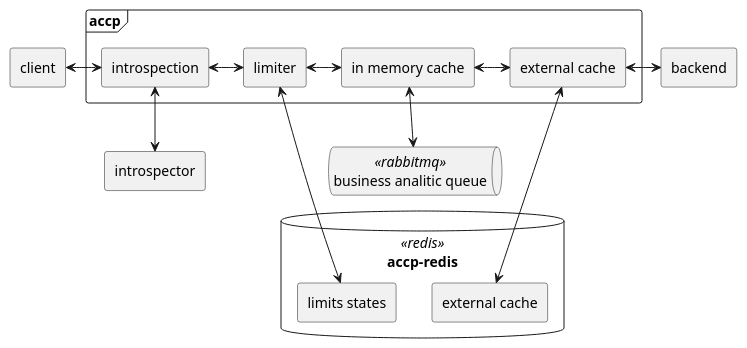
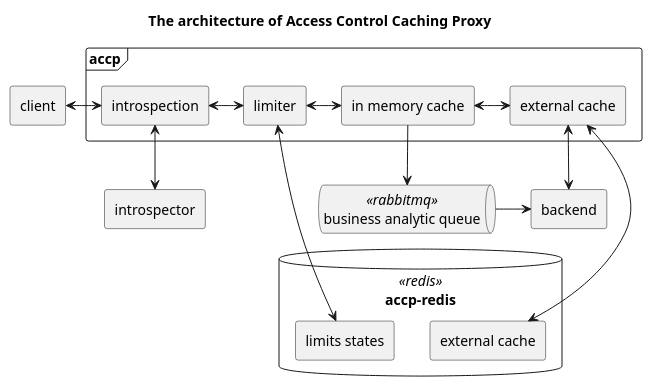
One commit to soldatov-s/accp changed the diagram in doc/accp.puml. Above: the diagram before and after it, drawn with PlantUML. The commit also changed 1 other file, not shown here.

Commit message:
added sequence scheme

```diff
--- a/doc/accp.puml
+++ b/doc/accp.puml
@@ -1,29 +1,31 @@
 @startuml accp
+title The architecture of Access Control Caching Proxy 
 rectangle "client" as client
 rectangle "introspector" as introspector
 rectangle "backend" as backend
-queue "business analitic queue" <<rabbitmq>> as rabbitmq
+queue "business analytic queue" <<rabbitmq>> as rabbitmq
 
 database "accp-redis" <<redis>> as redis {
     rectangle "external cache" as external_cache
     rectangle "limits states" as limits_states
 }
 
 frame accp {
     rectangle "introspection" as introspector_interface
     rectangle "limiter" as limiter
     rectangle "in memory cache" as inmemory_cache
     rectangle "external cache" as external_cache_interface
 }
 
 introspector_interface <-down-> introspector
 external_cache_interface <-down-> external_cache
 
 client <-right-> introspector_interface
 introspector_interface <-> limiter
 limiter <-> inmemory_cache
 limiter <-down--> limits_states
 inmemory_cache <-> external_cache_interface
-inmemory_cache <-down-> rabbitmq
+inmemory_cache -down-> rabbitmq
 external_cache_interface <-> backend
+rabbitmq -> backend
 @enduml
```
